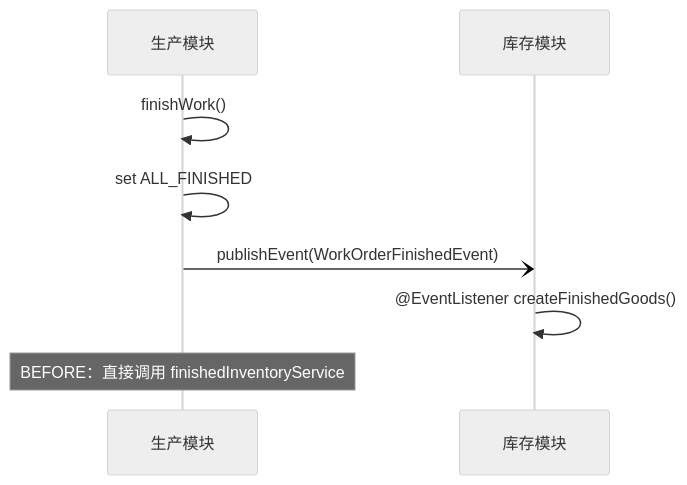
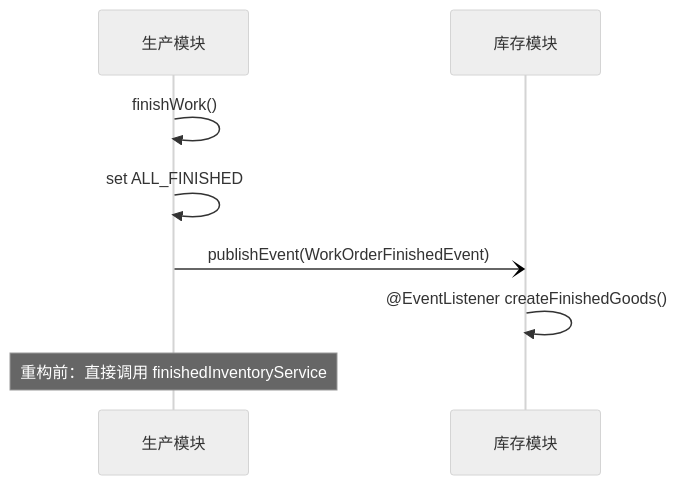
The second of 3 diagrams in case-studies/spring-events-decoupling/README.md (StevenTsai/distribution-architecture), drawn with Mermaid (neutral theme) before and after one commit. The commit also changed other lines of this file and 22 other files, not shown here.

````diff
--- a/case-studies/spring-events-decoupling/README.md
+++ b/case-studies/spring-events-decoupling/README.md
@@ -41,10 +41,10 @@
 ```mermaid
 sequenceDiagram
     participant P as 生产模块
     participant I as 库存模块
     P->>P: finishWork()
     P->>P: set ALL_FINISHED
     P-)I: publishEvent(WorkOrderFinishedEvent)
     I->>I: @EventListener createFinishedGoods()
-    Note over P: BEFORE：直接调用 finishedInventoryService
+    Note over P: 重构前：直接调用 finishedInventoryService
 ```
````
